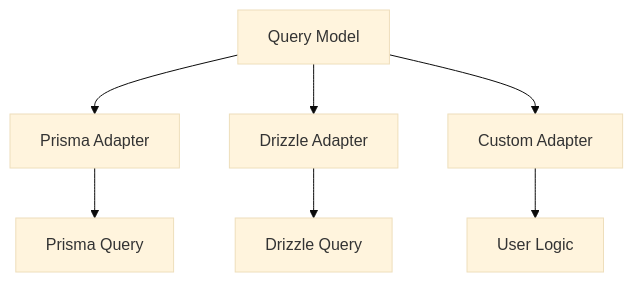
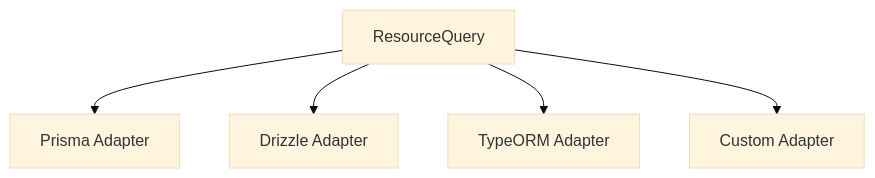
One commit to johngech/querio changed the fifth of 7 diagrams in docs/architecture.md. Above: the diagram before and after it, drawn with Mermaid (base theme). The commit also changed other lines of this file and 8 other files, not shown here.

````diff
--- a/docs/architecture.md
+++ b/docs/architecture.md
@@ -515,6 +400,7 @@
 ```mermaid
 flowchart TD
-    QM["Query Model"] --> PA["Prisma Adapter"] --> PQ["Prisma Query"]
-    QM --> DA["Drizzle Adapter"] --> DQ["Drizzle Query"]
-    QM --> CA["Custom Adapter"] --> UQ["User Logic"]
+    QM["ResourceQuery"] --> PA["Prisma Adapter"]
+    QM --> DA["Drizzle Adapter"]
+    QM --> TA["TypeORM Adapter"]
+    QM --> CA["Custom Adapter"]
 ```
````
